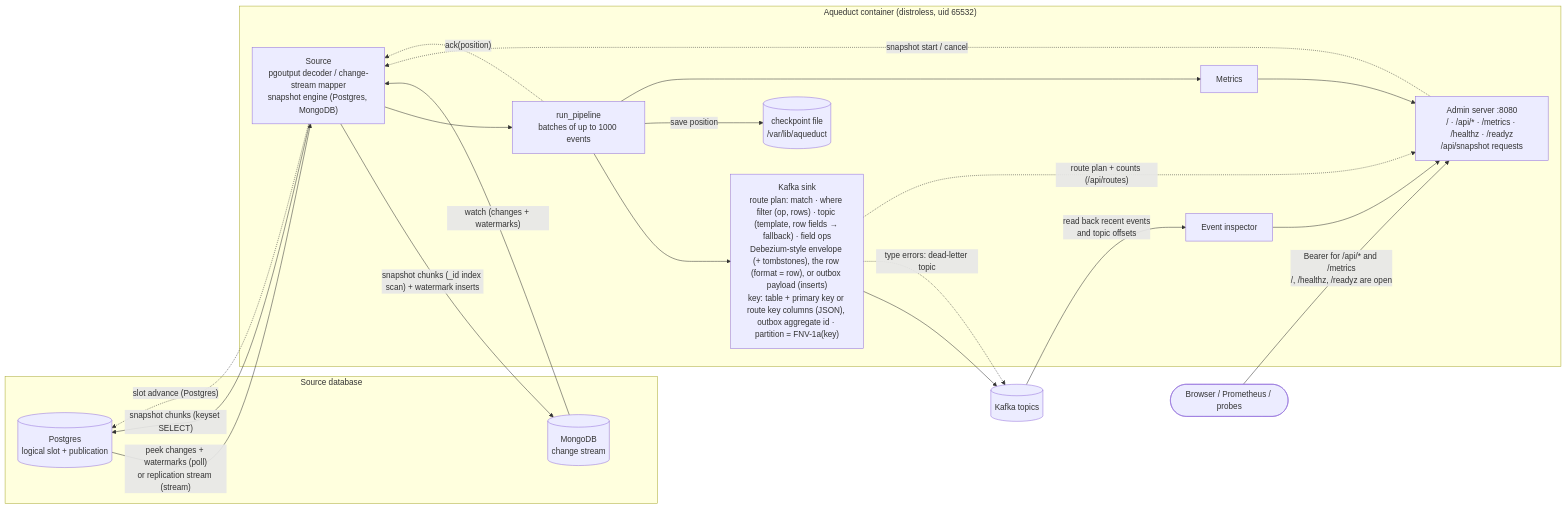
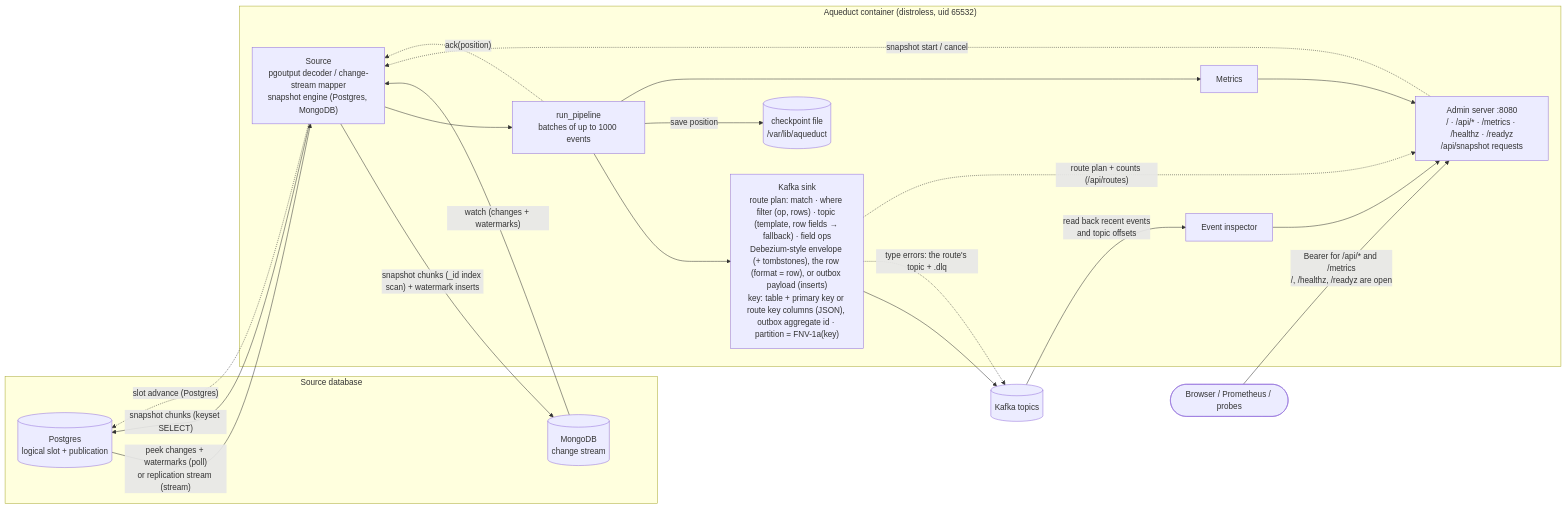
One commit to yarncraft/aqueduct changed the first of 3 diagrams in README.md. Above: the diagram before and after it, drawn with Mermaid. The commit also changed other lines of this file and 11 other files, not shown here.

Commit message:
feat(routing): send each route's failures to its own <topic>.dlq topic by default (#177) (#181)

````diff
--- a/README.md
+++ b/README.md
@@ -18,35 +18,35 @@
 ```mermaid
 flowchart LR
     subgraph db["Source database"]
         PG[("Postgres<br/>logical slot + publication")]
         MG[("MongoDB<br/>change stream")]
     end
 
     subgraph aq["Aqueduct container (distroless, uid 65532)"]
         SRC["Source<br/>pgoutput decoder / change-stream mapper<br/>snapshot engine (Postgres, MongoDB)"]
         PIPE["run_pipeline<br/>batches of up to 1000 events"]
         SINK["Kafka sink<br/>route plan: match · where filter (op, rows) · topic (template, row fields → fallback) · field ops<br/>Debezium-style envelope (+ tombstones), the row (format = row), or outbox payload (inserts)<br/>key: table + primary key or route key columns (JSON), outbox aggregate id · partition = FNV-1a(key)"]
         CK[("checkpoint file<br/>/var/lib/aqueduct")]
         MET["Metrics"]
         ADM["Admin server :8080<br/>/ · /api/* · /metrics · /healthz · /readyz<br/>/api/snapshot requests"]
         INS["Event inspector"]
     end
 
     K[("Kafka topics")]
     U(["Browser / Prometheus / probes"])
 
     PG -- "peek changes + watermarks (poll)<br/>or replication stream (stream)" --> SRC
     SRC -- "snapshot chunks (keyset SELECT)" --> PG
     MG -- "watch (changes + watermarks)" --> SRC
     SRC -- "snapshot chunks (_id index scan) + watermark inserts" --> MG
     SRC --> PIPE --> SINK --> K
-    SINK -. "type errors: dead-letter topic" .-> K
+    SINK -. "type errors: the route's topic + .dlq" .-> K
     SINK -. "route plan + counts (/api/routes)" .-> ADM
     PIPE -- "save position" --> CK
     PIPE -. "ack(position)" .-> SRC
     SRC -. "slot advance (Postgres)" .-> PG
     PIPE --> MET --> ADM
     ADM -. "snapshot start / cancel" .-> SRC
     K -- "read back recent events<br/>and topic offsets" --> INS --> ADM
     U -- "Bearer for /api/* and /metrics<br/>/, /healthz, /readyz are open" --> ADM
 ```
````
